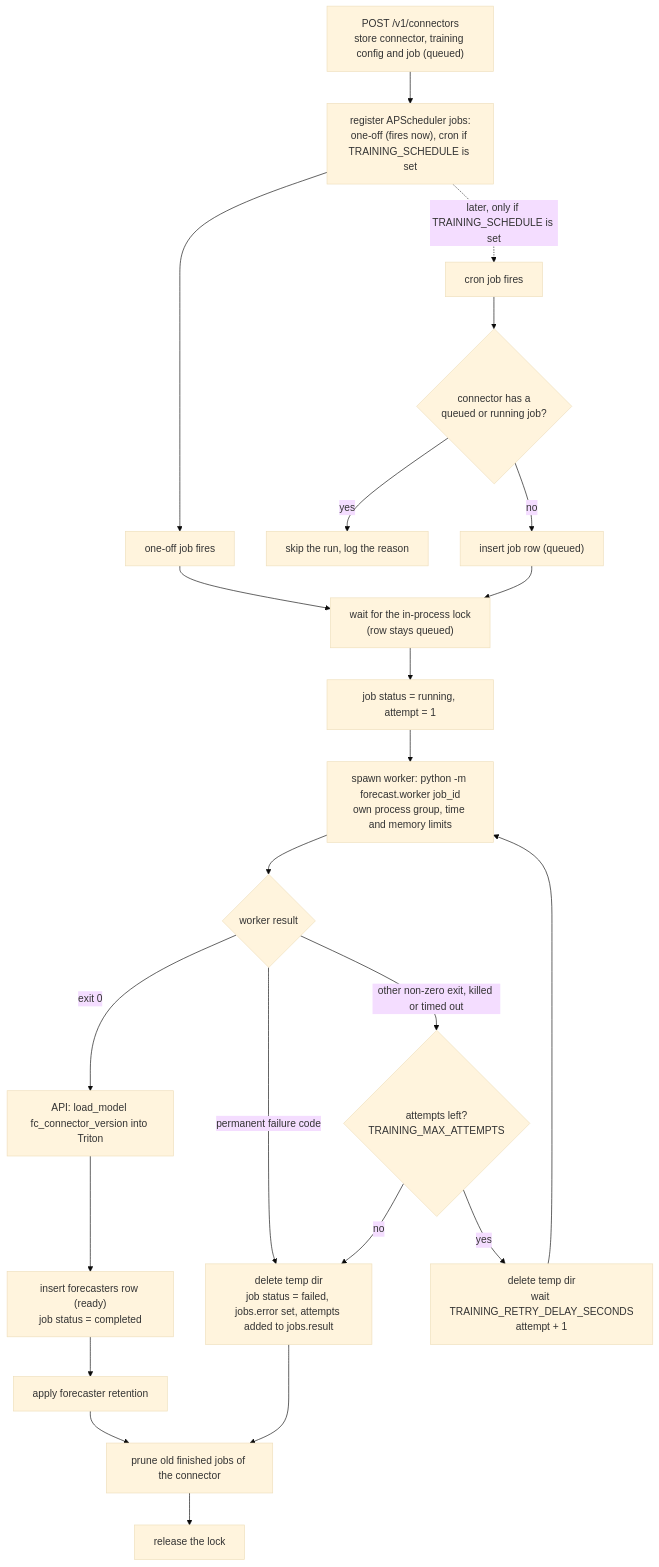
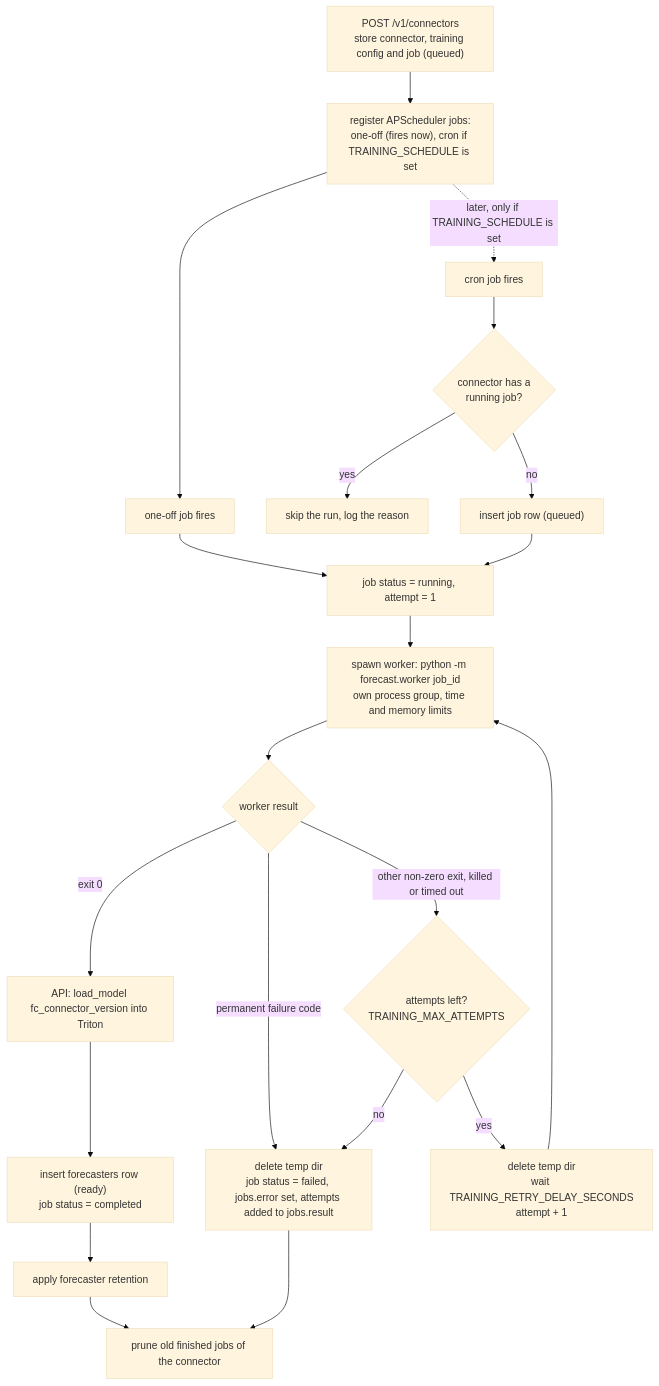
One commit to IBM/project-ai-services changed the first of 4 diagrams in docs/proposals/forecast_service_proposal.md. Above: the diagram before and after it, drawn with Mermaid (base theme). The commit also changed other lines of this file, not shown here.

````diff
--- a/docs/proposals/forecast_service_proposal.md
+++ b/docs/proposals/forecast_service_proposal.md
@@ -107,29 +106,27 @@
 ```mermaid
 flowchart TD
     POST["POST /v1/connectors<br/>store connector, training config and job (queued)"] --> REG["register APScheduler jobs:<br/>one-off (fires now), cron if TRAINING_SCHEDULE is set"]
     REG --> ONE["one-off job fires"]
     REG -.->|"later, only if TRAINING_SCHEDULE is set"| CRON["cron job fires"]
 
-    CRON --> ACTIVE{"connector has a<br/>queued or running job?"}
+    CRON --> ACTIVE{"connector has a<br/>running job?"}
     ACTIVE -- yes --> SKIP["skip the run, log the reason"]
     ACTIVE -- no --> INS["insert job row (queued)"]
 
-    ONE --> LOCK
-    INS --> LOCK["wait for the in-process lock<br/>(row stays queued)"]
-    LOCK --> RUN["job status = running, attempt = 1"]
+    ONE --> RUN
+    INS --> RUN["job status = running, attempt = 1"]
     RUN --> SPAWN["spawn worker: python -m forecast.worker job_id<br/>own process group, time and memory limits"]
     SPAWN --> EXIT{"worker result"}
 
     EXIT -- "exit 0" --> LOAD["API: load_model fc_connector_version into Triton"]
     LOAD --> REC["insert forecasters row (ready)<br/>job status = completed"]
     REC --> RET["apply forecaster retention"]
     RET --> PRUNE
 
     EXIT -- "permanent failure code" --> FAIL
     EXIT -- "other non-zero exit, killed or timed out" --> MORE{"attempts left?<br/>TRAINING_MAX_ATTEMPTS"}
     MORE -- yes --> WAIT["delete temp dir<br/>wait TRAINING_RETRY_DELAY_SECONDS<br/>attempt + 1"]
     WAIT --> SPAWN
     MORE -- no --> FAIL["delete temp dir<br/>job status = failed, jobs.error set, attempts added to jobs.result"]
     FAIL --> PRUNE["prune old finished jobs of the connector"]
-    PRUNE --> REL["release the lock"]
 ```
````
